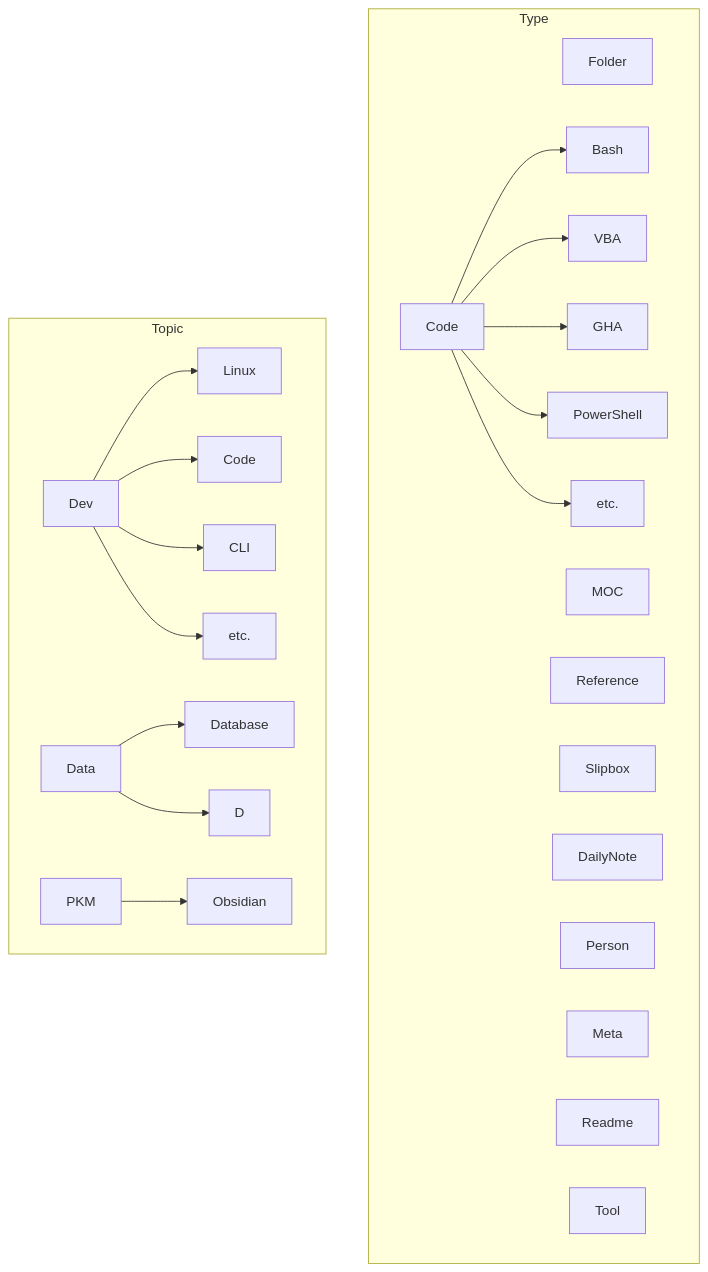
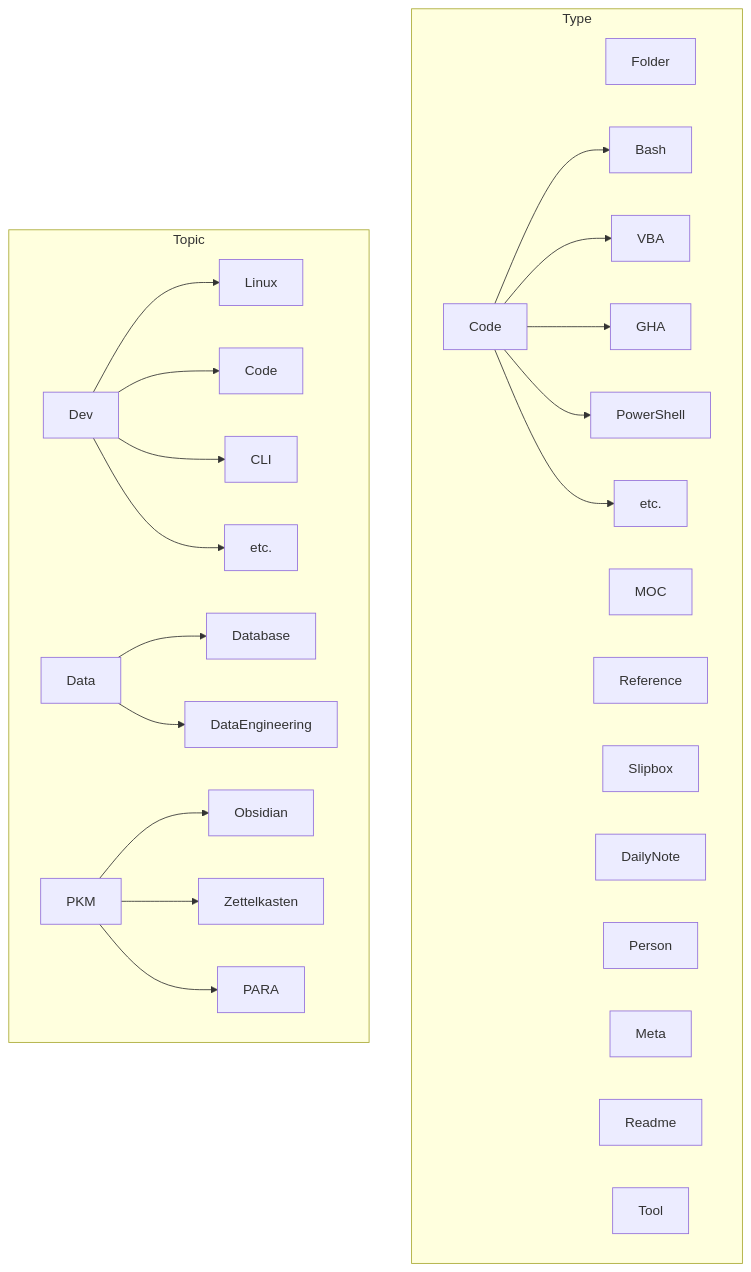
The diagram in ABOUT.md (jimbrig/Template-Vault), drawn with Mermaid before and after one commit. The commit also changed other lines of this file, not shown here.

````diff
--- a/ABOUT.md
+++ b/ABOUT.md
@@ -35,31 +92,33 @@
 ```mermaid
 flowchart TB
 	subgraph Type
 	Folder[Folder]
 	MOC[MOC]
 	Ref[Reference]
 	Slip[Slipbox]
 	Daily[DailyNote]
 	Person[Person]
 	Meta[Meta]
 	Readme[Readme]
 	Tool[Tool]
 	Code[Code]
 	Code --> Bash[Bash]
 	Code --> VBA[VBA]
 	Code --> GHA[GHA]
 	Code --> PWSH[PowerShell]
 	Code --> MISC[etc.]
 	end
 	
 	subgraph Topic
 	Dev[Dev]
 	Dev --> Linux[Linux]
 	Dev --> Code2[Code]
 	Dev --> CLI[CLI]
 	Dev --> etc[etc.]
 	Data[Data] --> DB[Database]
-	Data --> D
+	Data --> DE[DataEngineering]
 	PKM[PKM] --> Obsidian[Obsidian]
+	PKM --> Zet[Zettelkasten]
+	PKM --> PARA[PARA]
 	end
 ```
````
